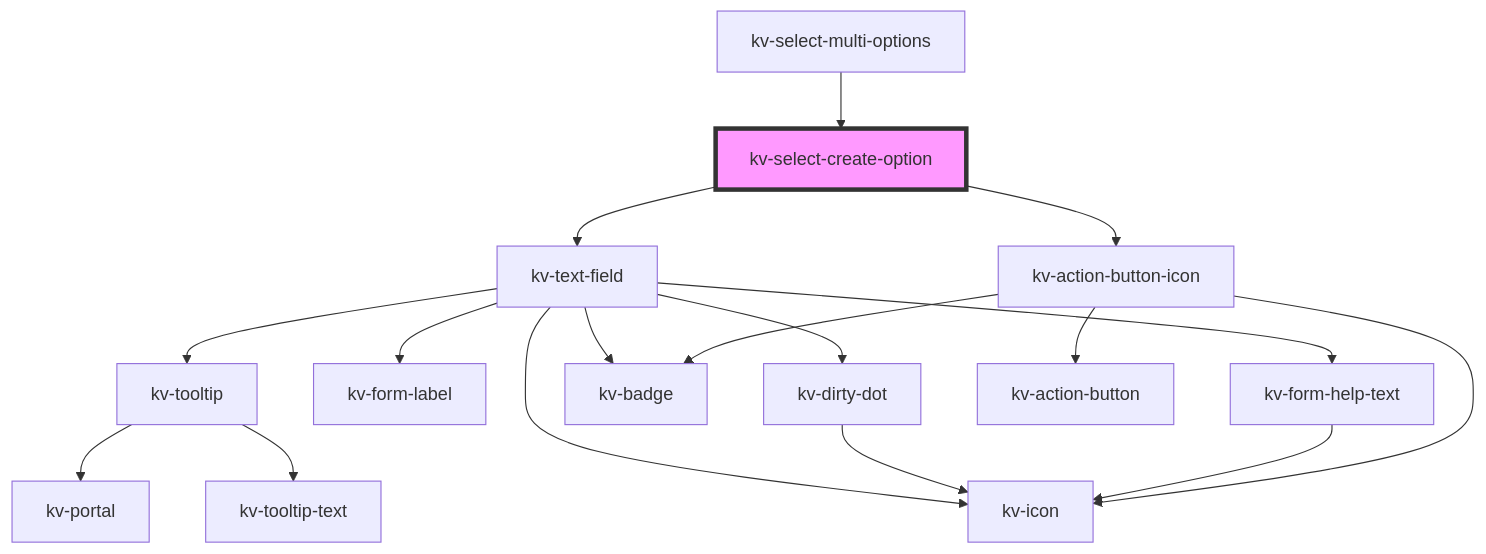
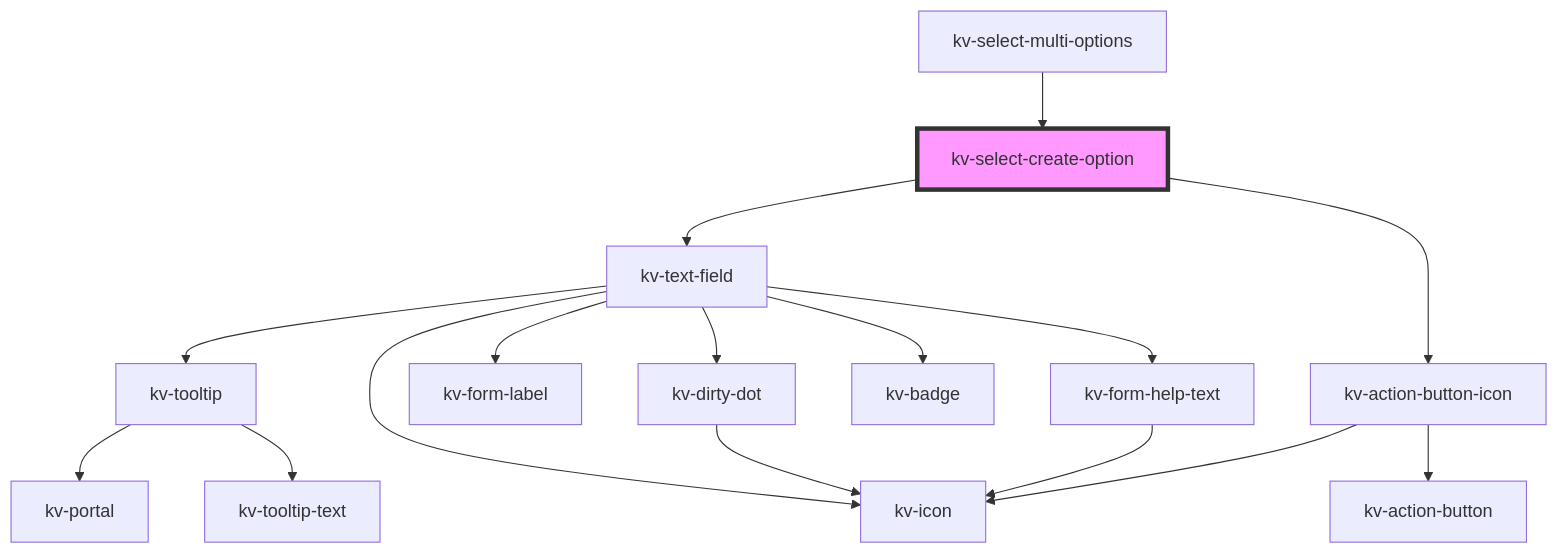
One commit to kelvininc/ui-components changed the diagram in packages/ui-components/src/components/select-create-option/readme.md. Above: the diagram before and after it, drawn with Mermaid. The commit also changed 48 other files, not shown here.

````diff
--- a/packages/ui-components/src/components/select-create-option/readme.md
+++ b/packages/ui-components/src/components/select-create-option/readme.md
@@ -69,20 +69,19 @@
 ```mermaid
 graph TD;
   kv-select-create-option --> kv-text-field
   kv-select-create-option --> kv-action-button-icon
   kv-text-field --> kv-tooltip
   kv-text-field --> kv-form-label
   kv-text-field --> kv-icon
   kv-text-field --> kv-dirty-dot
   kv-text-field --> kv-badge
   kv-text-field --> kv-form-help-text
   kv-tooltip --> kv-portal
   kv-tooltip --> kv-tooltip-text
   kv-dirty-dot --> kv-icon
   kv-form-help-text --> kv-icon
   kv-action-button-icon --> kv-action-button
   kv-action-button-icon --> kv-icon
-  kv-action-button-icon --> kv-badge
   kv-select-multi-options --> kv-select-create-option
   style kv-select-create-option fill:#f9f,stroke:#333,stroke-width:4px
 ```
````
